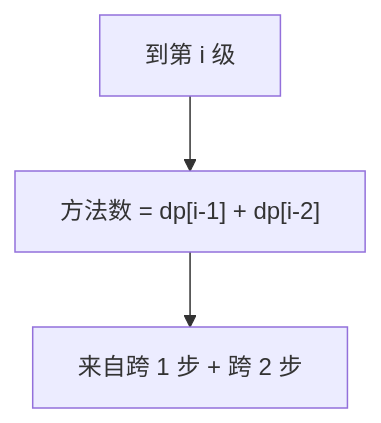
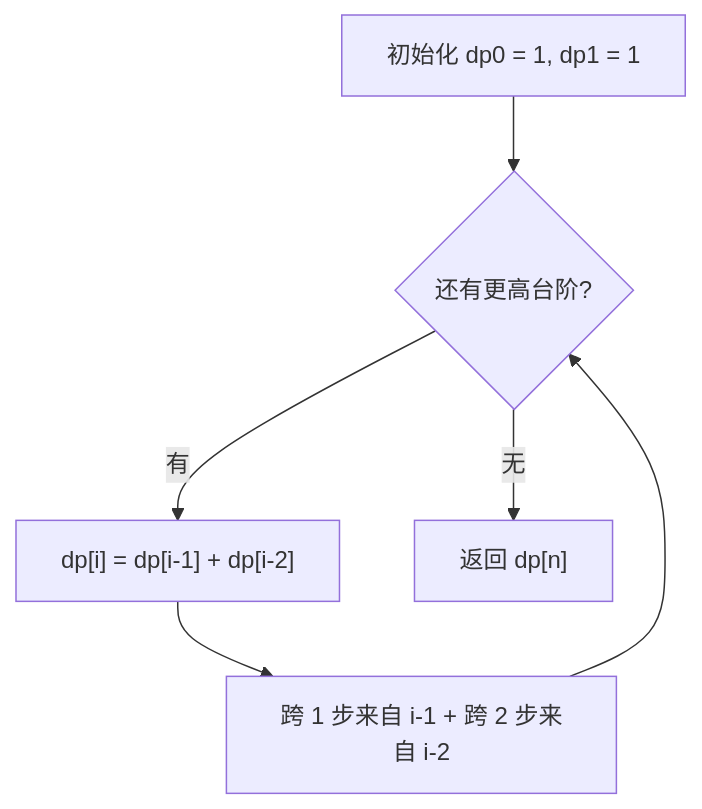
One commit to OctalZero/hot100-py changed the first of 2 diagrams in 16-动态规划/0070-爬楼梯.md. Above: the diagram before and after it, drawn with Mermaid. The commit also changed other lines of this file and 117 other files, not shown here.

First line of the commit message:
feat: 全题解配图升级为「动画式 mermaid」（总览骨架 + 横向时间线逐步推演）

````diff
--- a/16-动态规划/0070-爬楼梯.md
+++ b/16-动态规划/0070-爬楼梯.md
@@ -22,5 +22,8 @@
 ```mermaid
 flowchart TD
-    A["到第 i 级"] --> B["方法数 = dp[i-1] + dp[i-2]"]
-    B --> C["来自跨 1 步 + 跨 2 步"]
+    A["初始化 dp0 = 1, dp1 = 1"] --> B{"还有更高台阶?"}
+    B -->|"有"| C["dp[i] = dp[i-1] + dp[i-2]"]
+    C --> D["跨 1 步来自 i-1 + 跨 2 步来自 i-2"]
+    D --> B
+    B -->|"无"| E["返回 dp[n]"]
 ```
````
